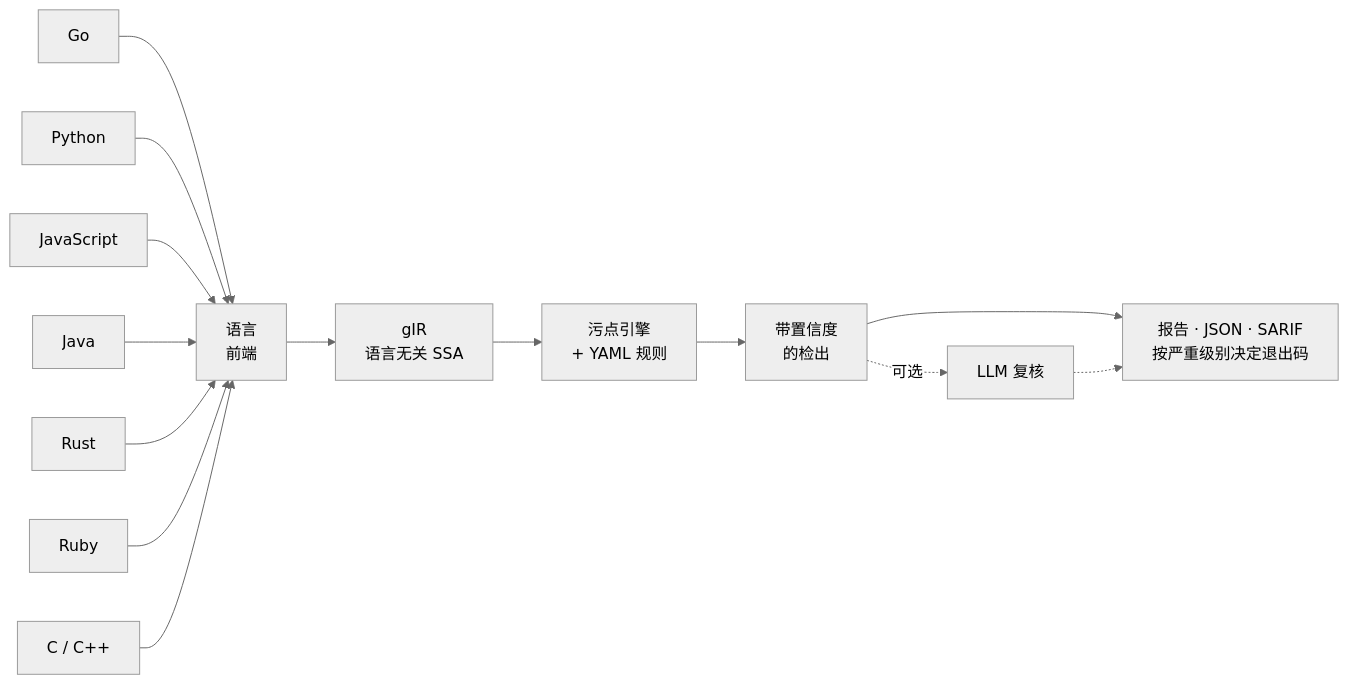
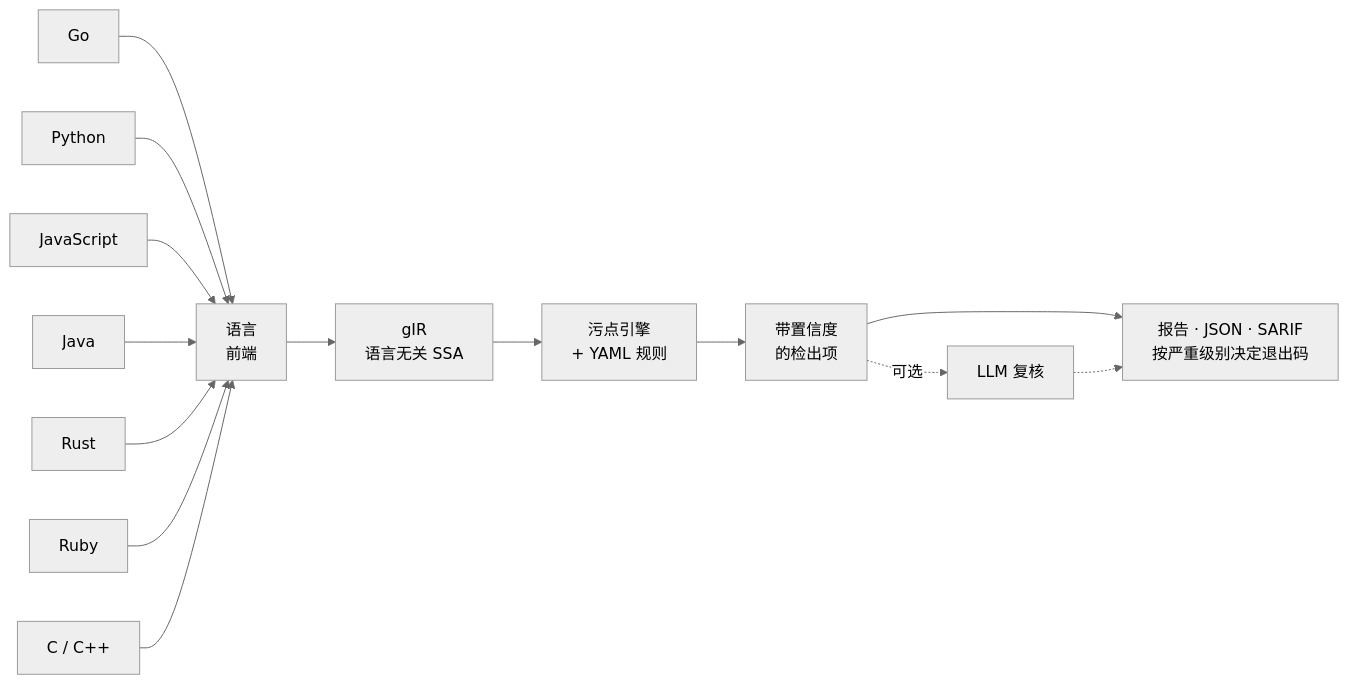
One commit to bytevet/godzilla changed the first of 2 diagrams in docs/README.zh-CN.md. Above: the diagram before and after it, drawn with Mermaid (neutral theme). The commit also changed other lines of this file, not shown here.

````diff
--- a/docs/README.zh-CN.md
+++ b/docs/README.zh-CN.md
@@ -14,17 +14,17 @@
 ```mermaid
 flowchart LR
     GO[Go] --> FE
     PY[Python] --> FE
     JS[JavaScript] --> FE
     JV[Java] --> FE
     RS[Rust] --> FE
     RB[Ruby] --> FE
     CC["C / C++"] --> FE
 
     FE["语言<br/>前端"] --> IR["gIR<br/>语言无关 SSA"]
     IR --> ENG["污点引擎<br/>+ YAML 规则"]
-    ENG --> FD["带置信度<br/>的检出"]
+    ENG --> FD["带置信度<br/>的检出项"]
     FD --> OUT["报告 · JSON · SARIF<br/>按严重级别决定退出码"]
     FD -. 可选 .-> LLM["LLM 复核"]
     LLM -.-> OUT
 ```
````
